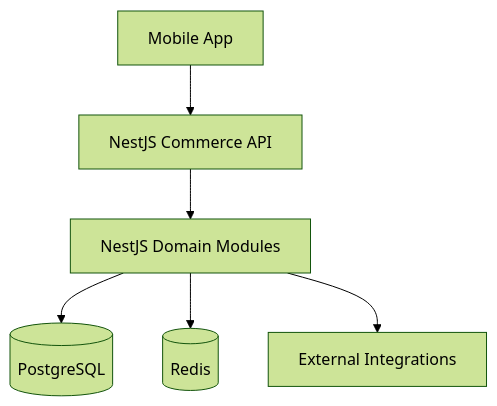
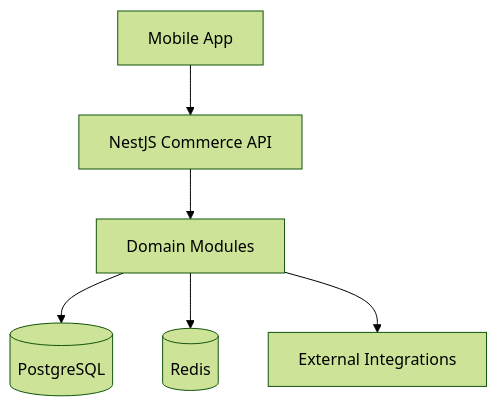
Before and after one commit to Izyane-InovSolutions/commerce: the seventh of 9 diagrams in README.md, drawn with Mermaid (forest theme). The commit also changed other lines of this file, not shown here.

Commit message:
docs: finalize NestJS modular monolith architecture

````diff
--- a/README.md
+++ b/README.md
@@ -873,9 +495,8 @@
 ```mermaid
 flowchart TD
-    MOBILE[Mobile App]
-    MOBILE --> API[NestJS Commerce API]
-    API --> MODULES[NestJS Domain Modules]
+    MOBILE[Mobile App] --> API[NestJS Commerce API]
+    API --> MODULES[Domain Modules]
     MODULES --> DB[(PostgreSQL)]
     MODULES --> REDIS[(Redis)]
-    MODULES --> EXTERNAL[External Integrations]
+    MODULES --> EXT[External Integrations]
 ```
````
